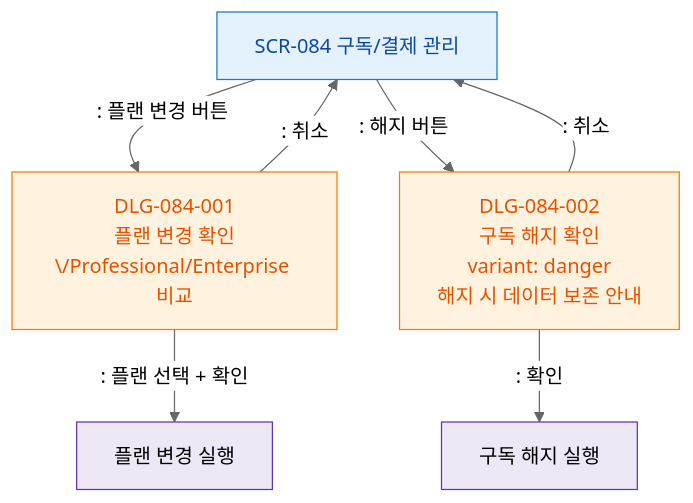
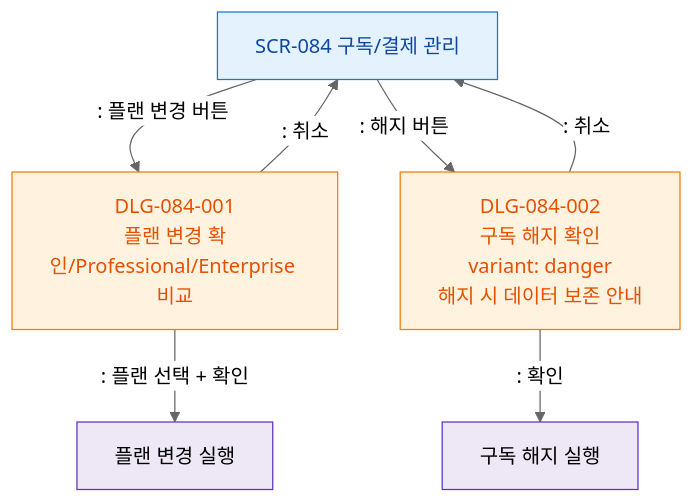
One commit to dev-spogym/admin-pando changed the diagram in docs/admin/다이어그램/D09_설정관리/SCR-084_구독결제관리/F5_모달트리거.md. Above: the diagram before and after it, drawn with Mermaid (neutral theme). The commit also changed 369 other files, not shown here.

````diff
--- a/docs/admin/다이어그램/D09_설정관리/SCR-084_구독결제관리/F5_모달트리거.md
+++ b/docs/admin/다이어그램/D09_설정관리/SCR-084_구독결제관리/F5_모달트리거.md
@@ -12,19 +12,19 @@
 ```mermaid
 flowchart TD
     SCR084[SCR-084 구독/결제 관리]
 
-    SCR084 -->|": 플랜 변경 버튼"|DLG_001[DLG-084-001\n플랜 변경 확인\/Professional/Enterprise 비교]
+    SCR084 -->|": 플랜 변경 버튼"|DLG_001[DLG-084-001\n플랜 변경 확인/Professional/Enterprise 비교]
     DLG_001 -->|": 플랜 선택 + 확인"|ACT_CHANGE[플랜 변경 실행]
     DLG_001 -->|": 취소"|SCR084
 
     SCR084 -->|": 해지 버튼"|DLG_002[DLG-084-002\n구독 해지 확인\nvariant: danger\n해지 시 데이터 보존 안내]
     DLG_002 -->|": 확인"|ACT_CANCEL[구독 해지 실행]
     DLG_002 -->|": 취소"|SCR084
 
     classDef screen fill:#E3F2FD,stroke:#1976D2,color:#0D47A1
     classDef modal fill:#FFF3E0,stroke:#F57C00,color:#E65100
     classDef system fill:#EDE7F6,stroke:#5E35B2
     class SCR084 screen
     class DLG_001,DLG_002 modal
     class ACT_CHANGE,ACT_CANCEL system
 ```
````
